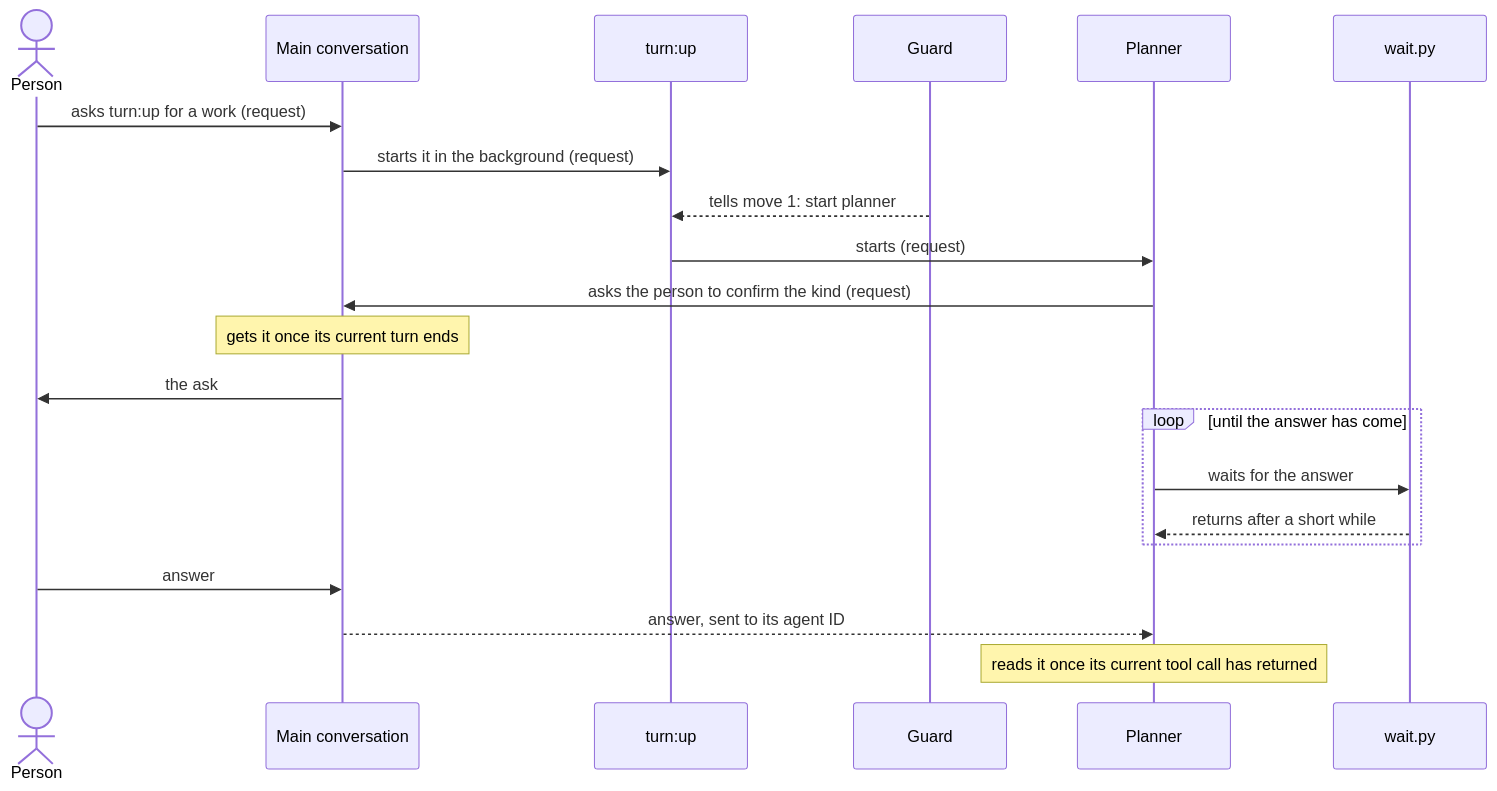
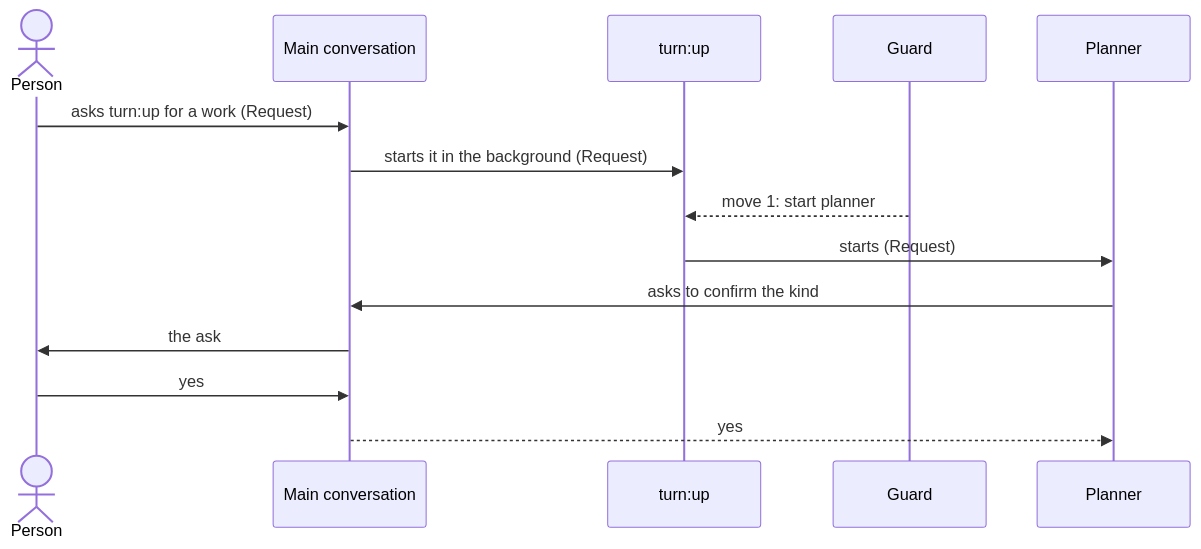
The first of 5 diagrams in dev/turn/architecture.md (lovaizu/ccpm), drawn with Mermaid before and after one commit. The commit also changed other lines of this file and 1 other file, not shown here.

First line of the commit message:
turn's architecture rewritten from its design tree on the architecture template alone

````diff
--- a/dev/turn/architecture.md
+++ b/dev/turn/architecture.md
@@ -316,23 +163,16 @@
 ```mermaid
 sequenceDiagram
   actor P as Person
   participant M as Main conversation
   participant U as turn:up
   participant G as Guard
   participant PL as Planner
-  participant WT as wait.py
-  P->>M: asks turn:up for a work (request)
-  M->>U: starts it in the background (request)
-  G-->>U: tells move 1: start planner
-  U->>PL: starts (request)
-  PL->>M: asks the person to confirm the kind (request)
-  Note over M: gets it once its current turn ends
+  P->>M: asks turn:up for a work (Request)
+  M->>U: starts it in the background (Request)
+  G-->>U: move 1: start planner
+  U->>PL: starts (Request)
+  PL->>M: asks to confirm the kind
   M->>P: the ask
-  loop until the answer has come
-    PL->>WT: waits for the answer
-    WT-->>PL: returns after a short while
-  end
-  P->>M: answer
-  M-->>PL: answer, sent to its agent ID
-  Note over PL: reads it once its current tool call has returned
+  P->>M: yes
+  M-->>PL: yes
 ```
````
